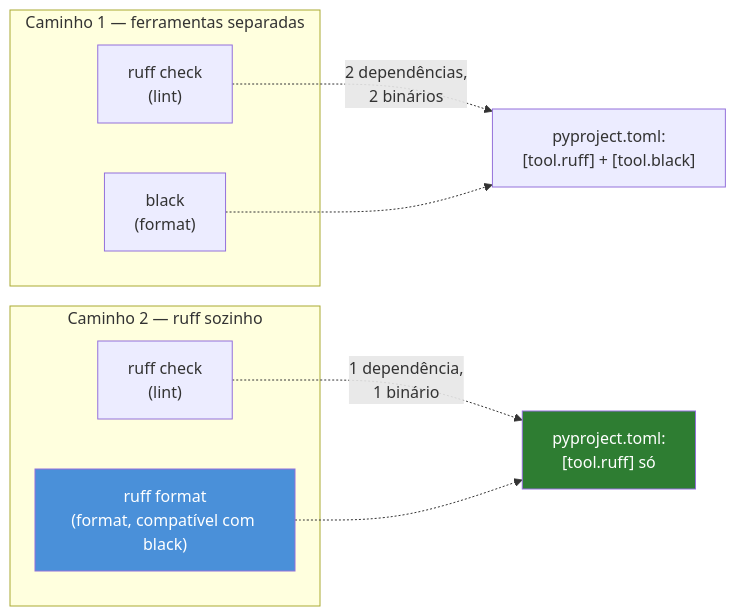
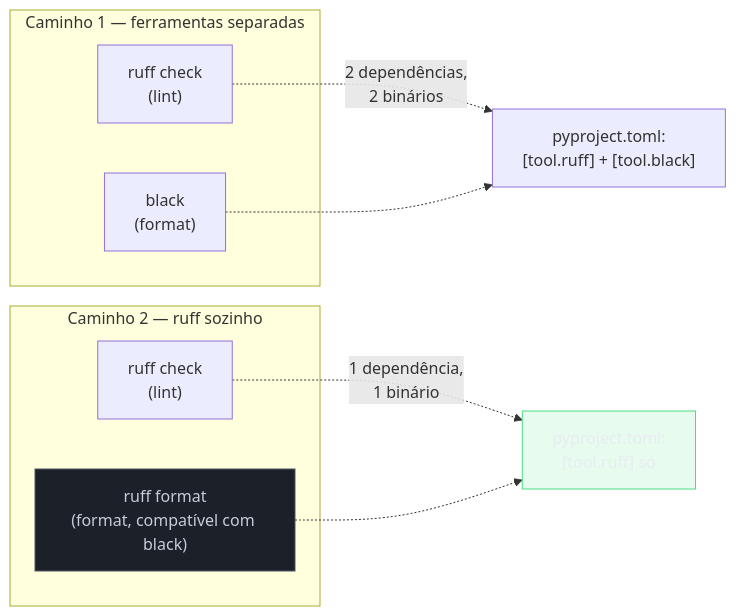
The second of 3 diagrams in 03-Dominios/Tecnologia/Python/Build e tooling/07 - ruff e black — linting e formatação automática.md (josenaldo/codex-technomanticus), drawn with Mermaid before and after one commit. The commit also changed other lines of this file and 1181 other files, not shown here.

First line of the commit message:
fix(diagramas): paleta do sistema no lugar de cor cravada no markdown

````diff
--- a/03-Dominios/Tecnologia/Python/Build e tooling/07 - ruff e black — linting e formatação automática.md
+++ b/03-Dominios/Tecnologia/Python/Build e tooling/07 - ruff e black — linting e formatação automática.md
@@ -164,20 +166,22 @@
 ```mermaid
 flowchart LR
+    classDef neutro fill:#1B2029,stroke:#4E5666,color:#C6CCD8
+    classDef ok fill:#4ADE8021,stroke:#4ADE80,color:#E9ECF2
     subgraph A["Caminho 1 — ferramentas separadas"]
         A1["ruff check<br/>(lint)"] 
         A2["black<br/>(format)"]
     end
 
     subgraph B["Caminho 2 — ruff sozinho"]
         B1["ruff check<br/>(lint)"]
         B2["ruff format<br/>(format, compatível com black)"]
     end
 
     A1 -.->|"2 dependências,<br/>2 binários"| RESULT_A["pyproject.toml:<br/>[tool.ruff] + [tool.black]"]
     A2 -.-> RESULT_A
     B1 -.->|"1 dependência,<br/>1 binário"| RESULT_B["pyproject.toml:<br/>[tool.ruff] só"]
     B2 -.-> RESULT_B
 
-    style B2 fill:#4A90D9,color:#fff
-    style RESULT_B fill:#2E7D32,color:#fff
+    class B2 neutro
+    class RESULT_B ok
 ```
````
